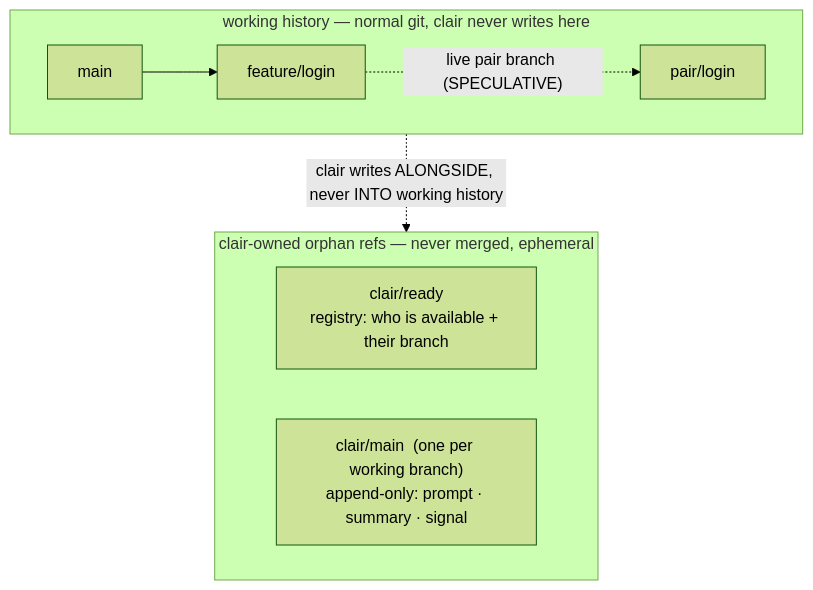
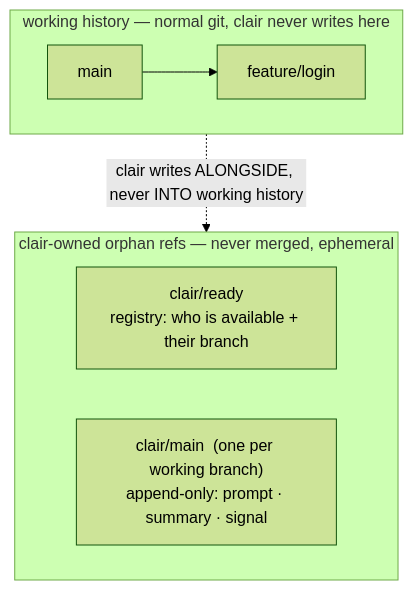
One commit to JBJamesBrownJB/clair changed the second of 6 diagrams in docs/architecture/target.md. Above: the diagram before and after it, drawn with Mermaid (forest theme). The commit also changed other lines of this file and 3 other files, not shown here.

First line of the commit message:
docs(ideas): rule out live code sync (pair-branch); keep architecture consistent

````diff
--- a/docs/architecture/target.md
+++ b/docs/architecture/target.md
@@ -60,14 +60,13 @@
 ```mermaid
 flowchart TB
   subgraph WORK["working history — normal git, clair never writes here"]
     direction LR
     main["main"] --> feat["feature/login"]
-    feat -. "live pair branch (SPECULATIVE)" .-> pairb["pair/login"]
   end
   subgraph SHADOW["clair-owned orphan refs — never merged, ephemeral"]
     direction LR
     ready["clair/ready<br/>registry: who is available + their branch"]
     ctx["clair/main  (one per working branch)<br/>append-only: prompt · summary · signal"]
   end
   WORK -. "clair writes ALONGSIDE, never INTO working history" .-> SHADOW
 ```
````
